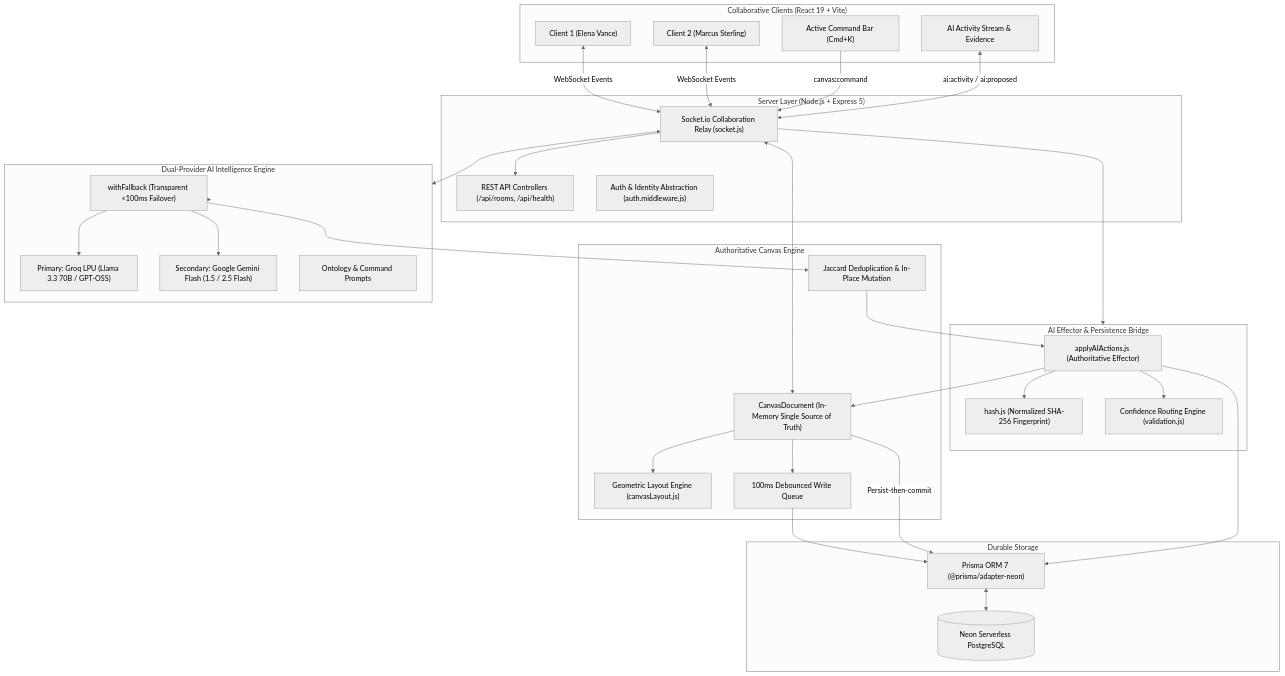
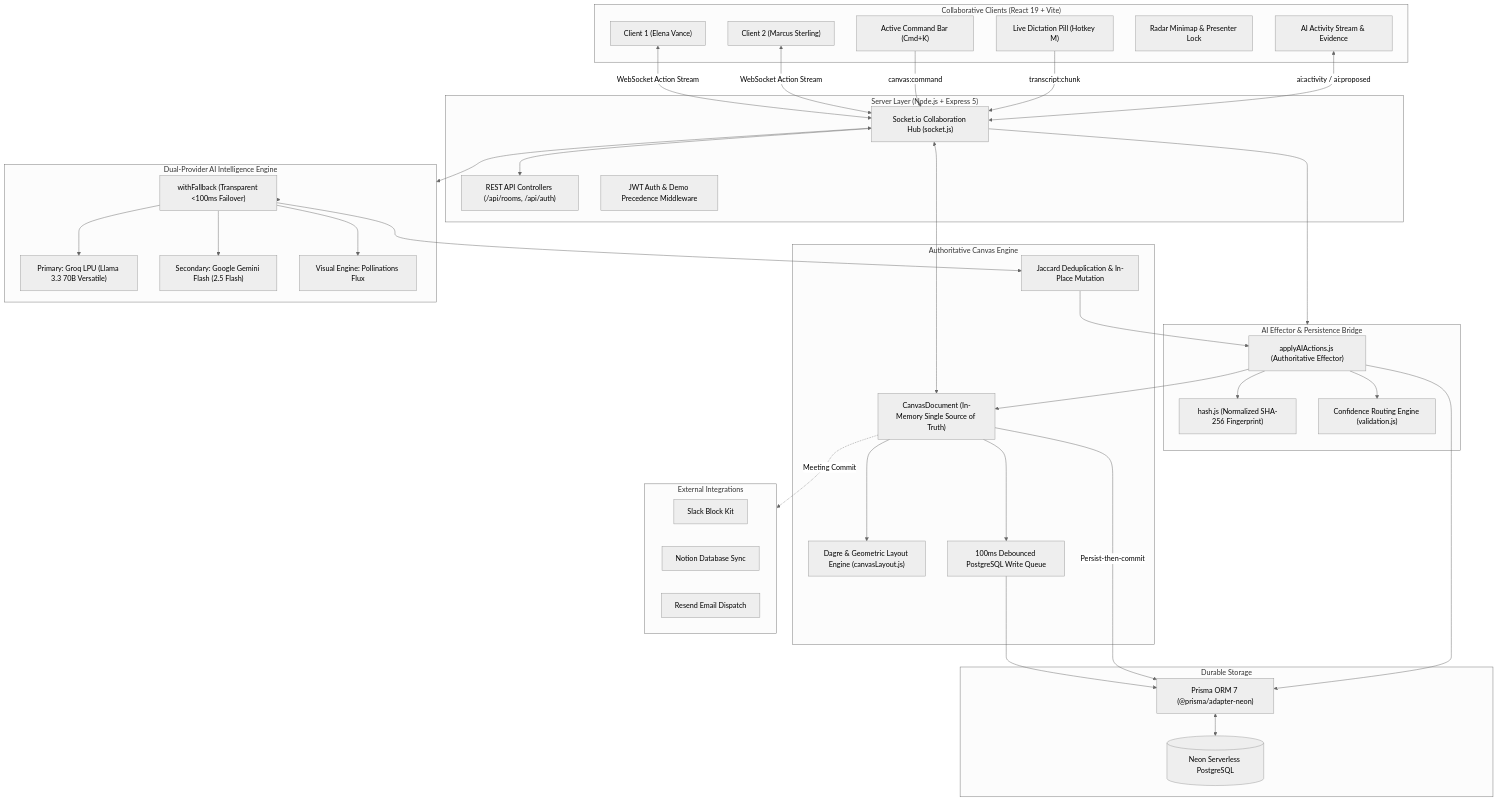
One commit to SahilSameer18/mindMesh changed the first of 2 diagrams in README.md. Above: the diagram before and after it, drawn with Mermaid (neutral theme). The commit also changed other lines of this file, not shown here.

````diff
--- a/README.md
+++ b/README.md
@@ -31,68 +104,79 @@
 ```mermaid
 flowchart TD
     subgraph Clients["Collaborative Clients (React 19 + Vite)"]
         UI1["Client 1 (Elena Vance)"]
         UI2["Client 2 (Marcus Sterling)"]
         CmdBar["Active Command Bar (Cmd+K)"]
         ActStream["AI Activity Stream & Evidence"]
+        Minimap["Radar Minimap & Presenter Lock"]
+        VoiceBar["Live Dictation Pill (Hotkey M)"]
     end
 
     subgraph Server["Server Layer (Node.js + Express 5)"]
-        SockRelay["Socket.io Collaboration Relay (socket.js)"]
-        REST["REST API Controllers (/api/rooms, /api/health)"]
-        AuthMid["Auth & Identity Abstraction (auth.middleware.js)"]
+        SockRelay["Socket.io Collaboration Hub (socket.js)"]
+        REST["REST API Controllers (/api/rooms, /api/auth)"]
+        AuthMid["JWT Auth & Demo Precedence Middleware"]
     end
 
     subgraph StateEngine["Authoritative Canvas Engine"]
         Doc["CanvasDocument (In-Memory Single Source of Truth)"]
-        LayoutEng["Geometric Layout Engine (canvasLayout.js)"]
+        Dagre["Dagre & Geometric Layout Engine (canvasLayout.js)"]
         Dedup["Jaccard Deduplication & In-Place Mutation"]
-        Debounce["100ms Debounced Write Queue"]
+        Debounce["100ms Debounced PostgreSQL Write Queue"]
     end
 
     subgraph EffectorLayer["AI Effector & Persistence Bridge"]
         Effector["applyAIActions.js (Authoritative Effector)"]
         Hasher["hash.js (Normalized SHA-256 Fingerprint)"]
         Router["Confidence Routing Engine (validation.js)"]
     end
 
     subgraph Intelligence["Dual-Provider AI Intelligence Engine"]
         Fallback["withFallback (Transparent <100ms Failover)"]
-        Groq["Primary: Groq LPU (Llama 3.3 70B / GPT-OSS)"]
-        Gemini["Secondary: Google Gemini Flash (1.5 / 2.5 Flash)"]
-        PromptEng["Ontology & Command Prompts"]
+        Groq["Primary: Groq LPU (Llama 3.3 70B Versatile)"]
+        Gemini["Secondary: Google Gemini Flash (2.5 Flash)"]
+        Flux["Visual Engine: Pollinations Flux"]
     end
 
     subgraph Database["Durable Storage"]
         Prisma["Prisma ORM 7 (@prisma/adapter-neon)"]
         NeonDB[("Neon Serverless PostgreSQL")]
     end
 
-    %% Interactions
-    UI1 & UI2 <-->|WebSocket Events| SockRelay
+    subgraph External["External Integrations"]
+        Slack["Slack Block Kit"]
+        Notion["Notion Database Sync"]
+        Resend["Resend Email Dispatch"]
+    end
+
+    %% Real-time linkages
+    UI1 & UI2 <-->|WebSocket Action Stream| SockRelay
     CmdBar -->|canvas:command| SockRelay
+    VoiceBar -->|transcript:chunk| SockRelay
     ActStream <-->|ai:activity / ai:proposed| SockRelay
 
     SockRelay <--> Doc
     SockRelay --> REST
 
-    Doc --> LayoutEng
+    Doc --> Dagre
     Doc --> Debounce
     Debounce --> Prisma
     Doc -->|Persist-then-commit| Prisma
 
     SockRelay --> EffectorLayer
     Effector --> Hasher
     Effector --> Router
     Effector --> Doc
     Effector --> Prisma
 
     SockRelay <--> Intelligence
     Intelligence --> Fallback
     Fallback --> Groq
     Fallback --> Gemini
+    Fallback --> Flux
     Fallback --> Dedup
     Dedup --> Effector
 
     Prisma <--> NeonDB
+    Doc -.->|Meeting Commit| External
 ```
````
